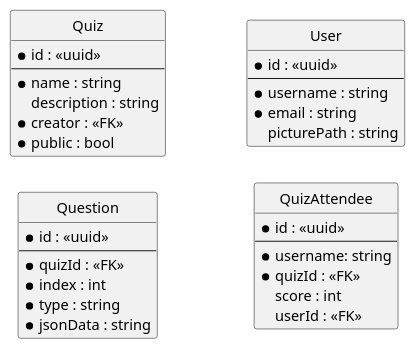
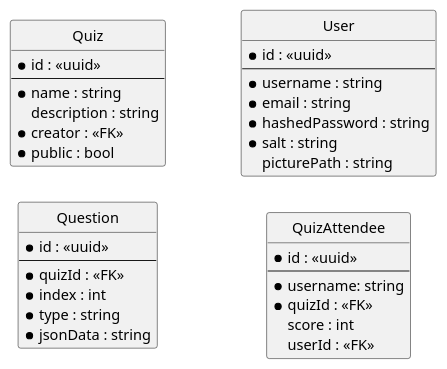
Before and after one commit to BrainByteQuiz/BrainByte-server: the diagram in diagrams/erd.puml, drawn with PlantUML. The commit also changed 1 other file, not shown here.

Commit message:
feat: add password and salt to user

```diff
--- a/diagrams/erd.puml
+++ b/diagrams/erd.puml
@@ -1,43 +1,45 @@
 @startuml BrainByte
 
 !pragma ratio 0.8
 
 left to right direction
 hide circles
 
 entity Quiz {
     * id : <<uuid>>
     ---
     * name : string
       description : string
     * creator : <<FK>>
     * public : bool
 }
 
 entity Question {
     * id : <<uuid>>
     ---
     * quizId : <<FK>>
     * index : int
     * type : string
     * jsonData : string
 }
 
 entity User {
     * id : <<uuid>>
     ---
     * username : string
     * email : string
+    * hashedPassword : string
+    * salt : string
     picturePath : string
 }
 
 entity QuizAttendee {
     * id : <<uuid>>
     ---
     * username: string
     * quizId : <<FK>>
     score : int
     userId : <<FK>>
 }
 
 @enduml
```
